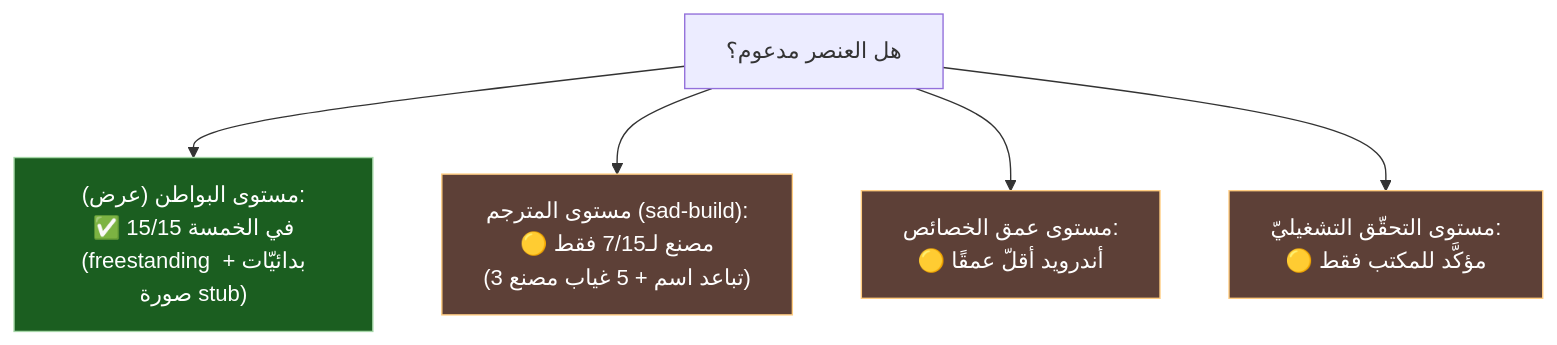
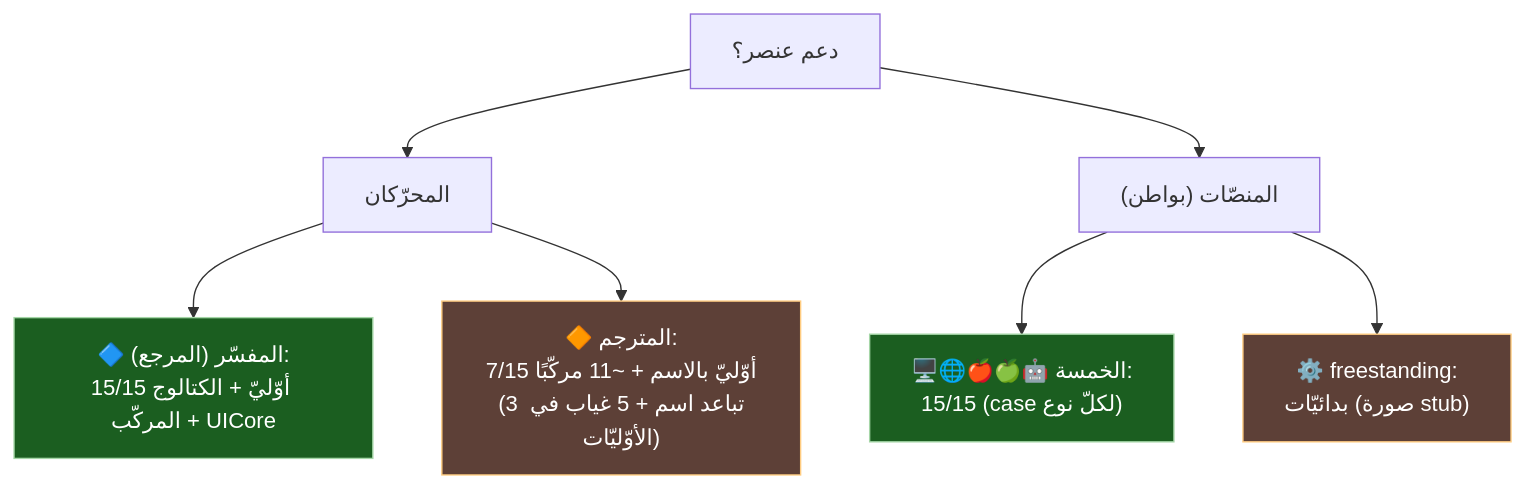
Before and after one commit to sadlang/sadlang-planning: the diagram in projects/graphics-sadui/plan/مصفوفة-العنصر-في-كل-منصّة.md, drawn with Mermaid. The commit also changed other lines of this file, not shown here.

First line of the commit message:
graphics-sadui: توسيع المصفوفة — كل الكتالوج + عمودا المفسّر والمترجم

````diff
--- a/projects/graphics-sadui/plan/مصفوفة-العنصر-في-كل-منصّة.md
+++ b/projects/graphics-sadui/plan/مصفوفة-العنصر-في-كل-منصّة.md
@@ -39,10 +80,14 @@
 ```mermaid
 flowchart TD
-    Q["هل العنصر مدعوم؟"] --> L1["مستوى البواطن (عرض):\n✅ 15/15 في الخمسة\n(freestanding بدائيّات + صورة stub)"]:::ok
-    Q --> L2["مستوى المترجم (sad-build):\n🟡 مصنع لـ7/15 فقط\n(3 تباعد اسم + 5 غياب مصنع)"]:::part
-    Q --> L3["مستوى عمق الخصائص:\n🟡 أندرويد أقلّ عمقًا"]:::part
-    Q --> L4["مستوى التحقّق التشغيليّ:\n🟡 مؤكَّد للمكتب فقط"]:::part
+    Q["دعم عنصر؟"] --> ENG["المحرّكان"]
+    Q --> PLAT["المنصّات (بواطن)"]
+
+    ENG --> I["🔷 المفسّر (المرجع):\n15/15 أوّليّ + الكتالوج المركّب + UICore"]:::ok
+    ENG --> C["🔶 المترجم:\n7/15 أوّليّ بالاسم + ~11 مركّبًا\n(3 تباعد اسم + 5 غياب في الأوّليّات)"]:::part
+
+    PLAT --> B5["🖥️🌐🍎🍏🤖 الخمسة:\n15/15 (case لكلّ نوع)"]:::ok
+    PLAT --> F["⚙️ freestanding:\nبدائيّات (صورة stub)"]:::part
 
     classDef ok fill:#1b5e20,stroke:#a5d6a7,color:#fff;
     classDef part fill:#5d4037,stroke:#ffcc80,color:#fff;
 ```
````
